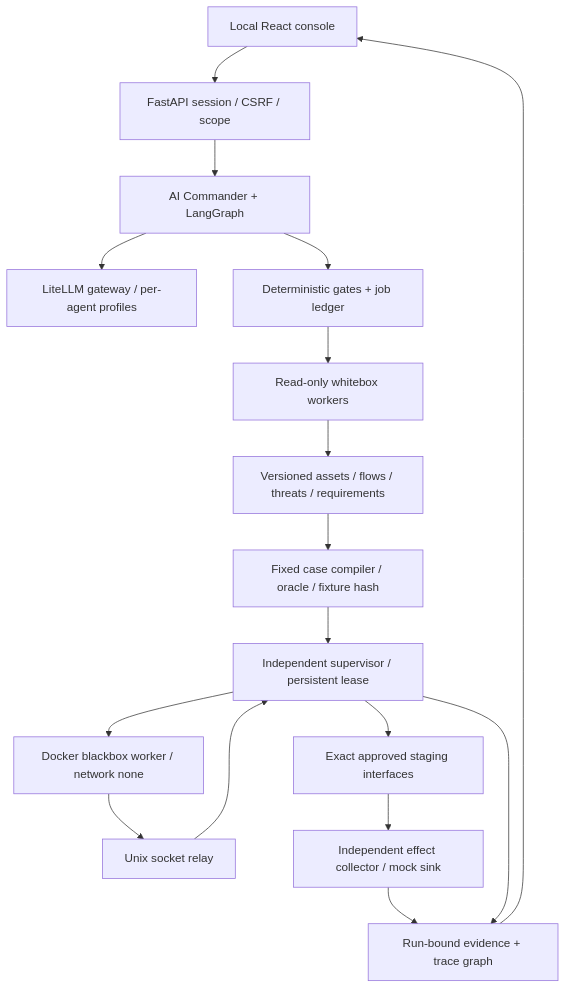
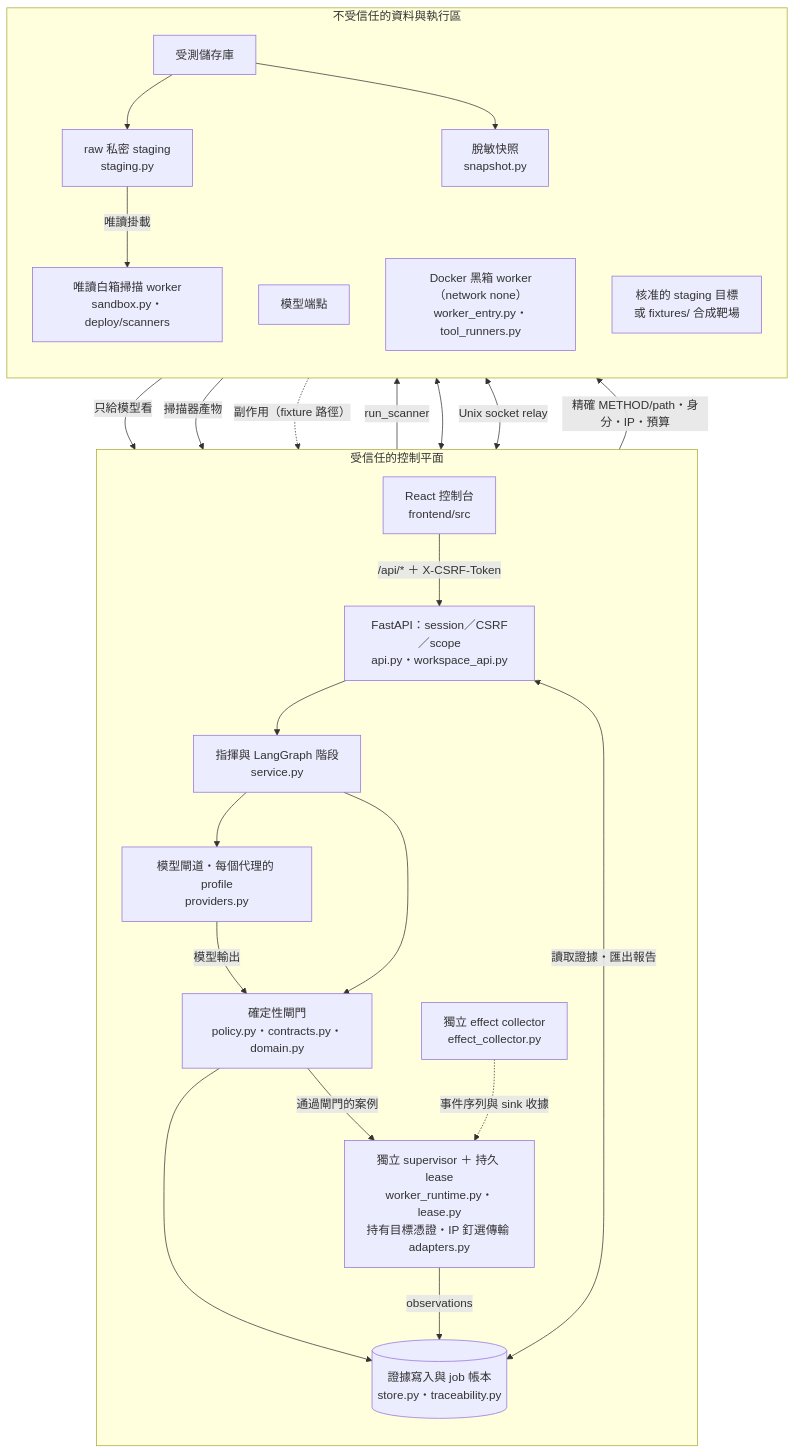
One commit to chinchiang/MultiAgentBeta changed the first of 2 diagrams in docs/ARCHITECTURE.md. Above: the diagram before and after it, drawn with Mermaid. The commit also changed other lines of this file and 3 other files, not shown here.

First line of the commit message:
Guard architecture diagrams and redraw the trust-boundary view

````diff
--- a/docs/ARCHITECTURE.md
+++ b/docs/ARCHITECTURE.md
@@ -5,19 +5,44 @@
 ```mermaid
 flowchart TB
-  UI["Local React console"] --> API["FastAPI session / CSRF / scope"]
-  API --> C["AI Commander + LangGraph"]
-  C --> MG["LiteLLM gateway / per-agent profiles"]
-  C --> G["Deterministic gates + job ledger"]
-  G --> W["Read-only whitebox workers"]
-  W --> TM["Versioned assets / flows / threats / requirements"]
-  TM --> TC["Fixed case compiler / oracle / fixture hash"]
-  TC --> S["Independent supervisor / persistent lease"]
-  S --> B["Docker blackbox worker / network none"]
-  B --> R["Unix socket relay"]
-  R --> S
-  S --> T["Exact approved staging interfaces"]
-  T --> E["Independent effect collector / mock sink"]
-  E --> A["Run-bound evidence + trace graph"]
-  S --> A
-  A --> UI
+  subgraph CP["受信任的控制平面"]
+    direction TB
+    UI["React 控制台<br/>frontend/src"]
+    API["FastAPI：session／CSRF／scope<br/>api.py・workspace_api.py"]
+    C["指揮與 LangGraph 階段<br/>service.py"]
+    MG["模型閘道・每個代理的 profile<br/>providers.py"]
+    G["確定性閘門<br/>policy.py・contracts.py・domain.py"]
+    SUP["獨立 supervisor ＋ 持久 lease<br/>worker_runtime.py・lease.py<br/>持有目標憑證・IP 釘選傳輸 adapters.py"]
+    EC["獨立 effect collector<br/>effect_collector.py"]
+    DB[("證據寫入與 job 帳本<br/>store.py・traceability.py")]
+  end
+  subgraph UT["不受信任的資料與執行區"]
+    direction TB
+    REPO["受測儲存庫"]
+    ST["raw 私密 staging<br/>staging.py"]
+    SN["脫敏快照<br/>snapshot.py"]
+    LLM["模型端點"]
+    SC["唯讀白箱掃描 worker<br/>sandbox.py・deploy/scanners"]
+    BW["Docker 黑箱 worker（network none）<br/>worker_entry.py・tool_runners.py"]
+    T["核准的 staging 目標<br/>或 fixtures/ 合成靶場"]
+  end
+  UI -->|"/api/* ＋ X-CSRF-Token"| API
+  API --> C
+  REPO --> ST
+  REPO --> SN
+  C -->|"run_scanner"| SC
+  ST -->|"唯讀掛載"| SC
+  C --> MG
+  SN -->|"只給模型看"| MG
+  MG <--> LLM
+  MG -->|"模型輸出"| G
+  SC -->|"掃描器產物"| G
+  C --> G
+  G -->|"通過閘門的案例"| SUP
+  SUP <-->|"Unix socket relay"| BW
+  SUP -->|"精確 METHOD/path・身分・IP・預算"| T
+  T -.->|"副作用（fixture 路徑）"| EC
+  EC -.->|"事件序列與 sink 收據"| SUP
+  G --> DB
+  SUP -->|"observations"| DB
+  API <-->|"讀取證據・匯出報告"| DB
 ```
````
